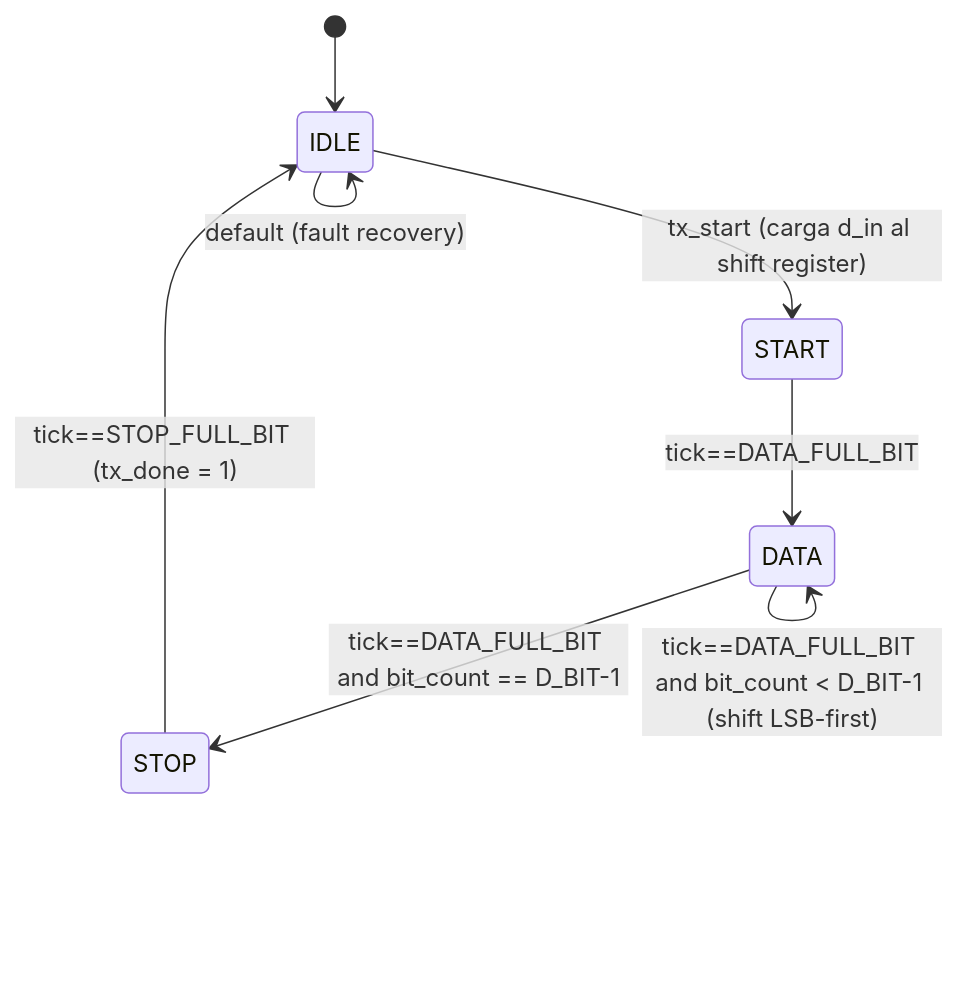
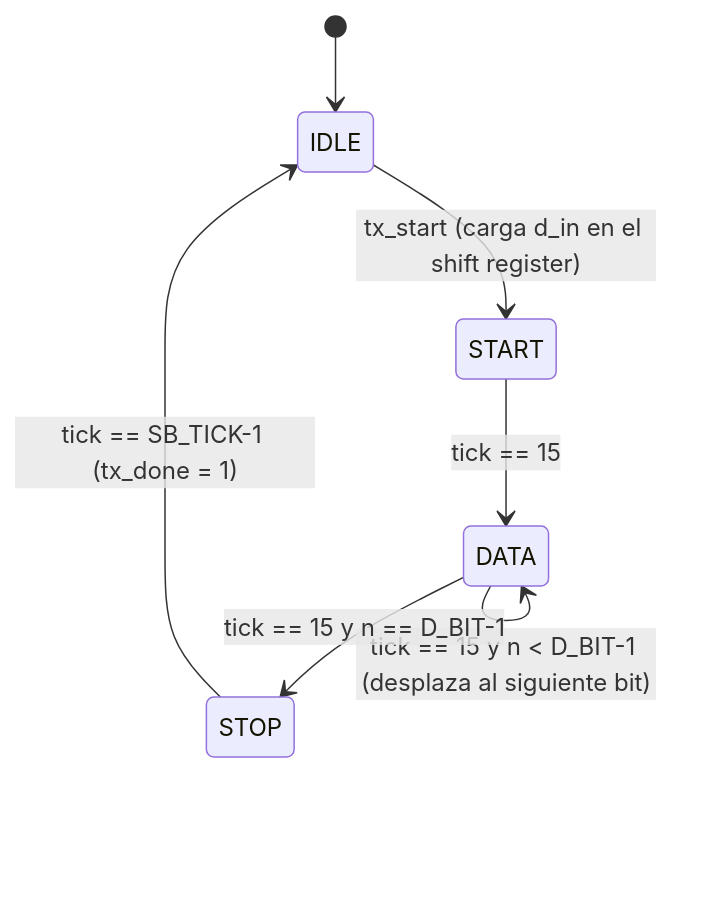
One commit to wandamol1405/AdC-Tps changed the third of 8 diagrams in TP2/README.md. Above: the diagram before and after it, drawn with Mermaid. The commit also changed other lines of this file and 6 other files, not shown here.

````diff
--- a/TP2/README.md
+++ b/TP2/README.md
@@ -111,10 +117,9 @@
 ```mermaid
 stateDiagram-v2
     [*] --> IDLE
-    IDLE --> START: tx_start (carga d_in al shift register)
-    START --> DATA: tick==DATA_FULL_BIT
-    DATA --> DATA: tick==DATA_FULL_BIT and bit_count < D_BIT-1 (shift LSB-first)
-    DATA --> STOP: tick==DATA_FULL_BIT and bit_count == D_BIT-1
-    STOP --> IDLE: tick==STOP_FULL_BIT (tx_done = 1)
-    IDLE --> IDLE: default (fault recovery)
+    IDLE --> START: tx_start (carga d_in en el shift register)
+    START --> DATA: tick == 15
+    DATA --> DATA: tick == 15 y n < D_BIT-1 (desplaza al siguiente bit)
+    DATA --> STOP: tick == 15 y n == D_BIT-1
+    STOP --> IDLE: tick == SB_TICK-1 (tx_done = 1)
 ```
````
